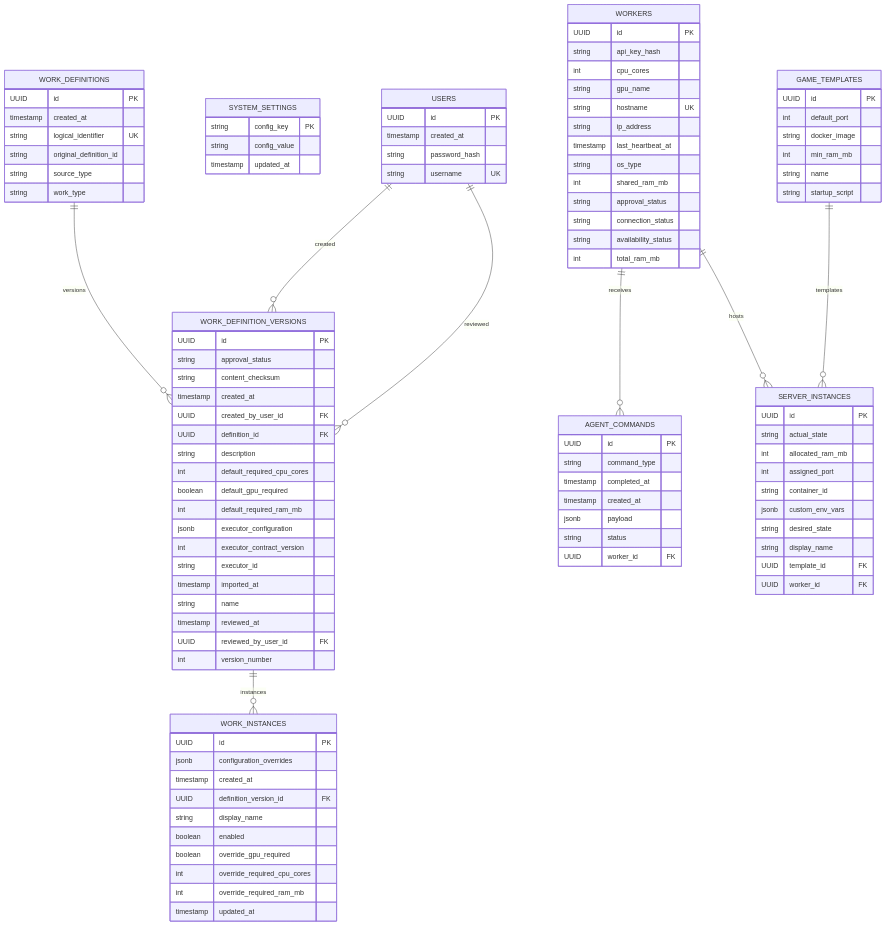
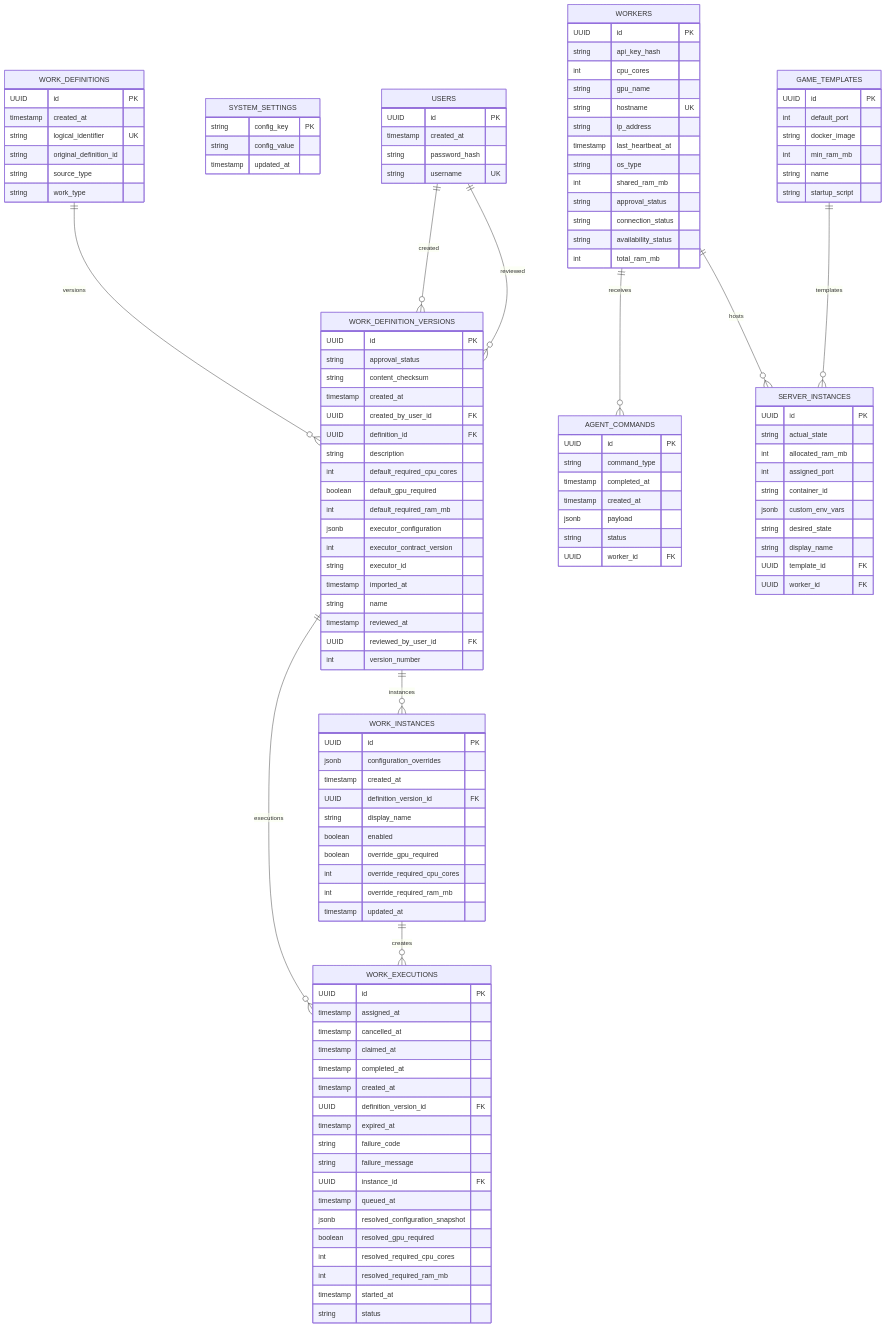
One commit to xEdziu/LocalHive changed the diagram in docs/database.md. Above: the diagram before and after it, drawn with Mermaid. The commit also changed other lines of this file and 16 other files, not shown here.

````diff
--- a/docs/database.md
+++ b/docs/database.md
@@ -109,6 +111,27 @@
         timestamp updated_at
     }
 
+    WORK_EXECUTIONS {
+        UUID id PK
+        timestamp assigned_at
+        timestamp cancelled_at
+        timestamp claimed_at
+        timestamp completed_at
+        timestamp created_at
+        UUID definition_version_id FK
+        timestamp expired_at
+        string failure_code
+        string failure_message
+        UUID instance_id FK
+        timestamp queued_at
+        jsonb resolved_configuration_snapshot
+        boolean resolved_gpu_required
+        int resolved_required_cpu_cores
+        int resolved_required_ram_mb
+        timestamp started_at
+        string status
+    }
+
     GAME_TEMPLATES {
         UUID id PK
         int default_port
@@ -146,6 +169,8 @@
     GAME_TEMPLATES ||--o{ SERVER_INSTANCES : templates
     WORK_DEFINITIONS ||--o{ WORK_DEFINITION_VERSIONS : versions
     WORK_DEFINITION_VERSIONS ||--o{ WORK_INSTANCES : instances
+    WORK_DEFINITION_VERSIONS ||--o{ WORK_EXECUTIONS : executions
+    WORK_INSTANCES ||--o{ WORK_EXECUTIONS : creates
     USERS ||--o{ WORK_DEFINITION_VERSIONS : created
     USERS ||--o{ WORK_DEFINITION_VERSIONS : reviewed
 ```
````
